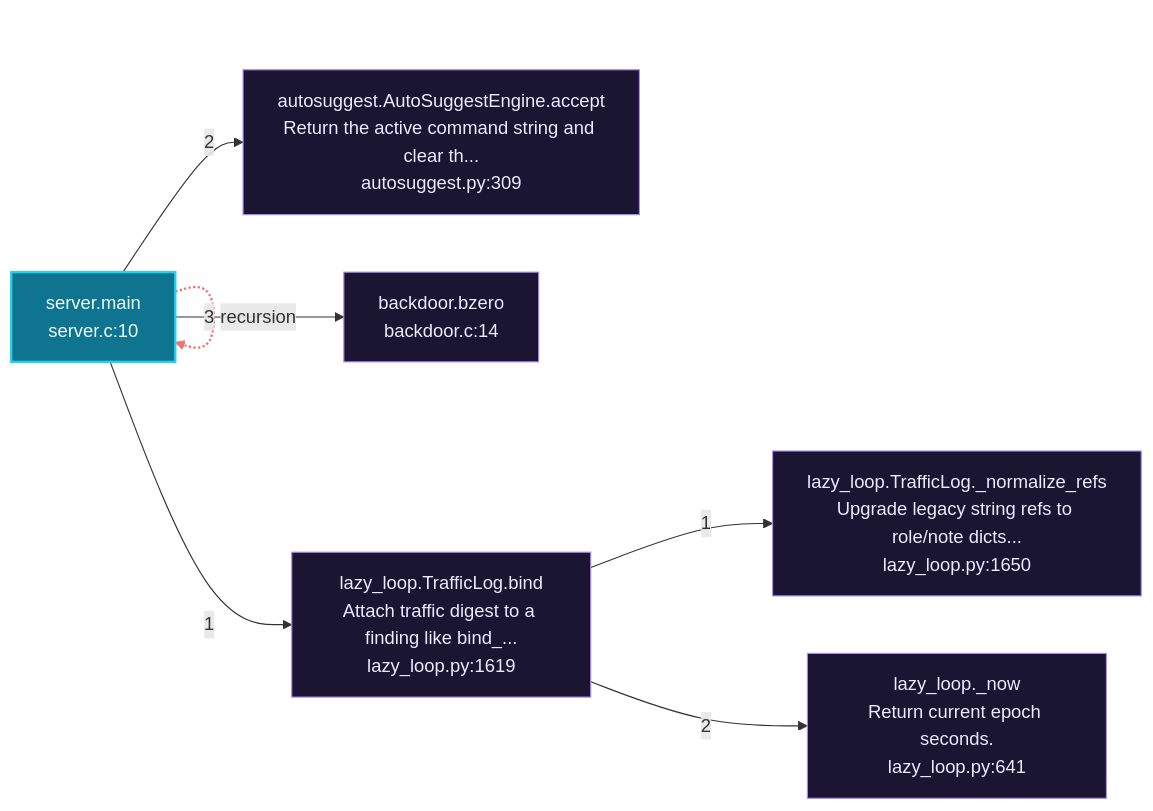
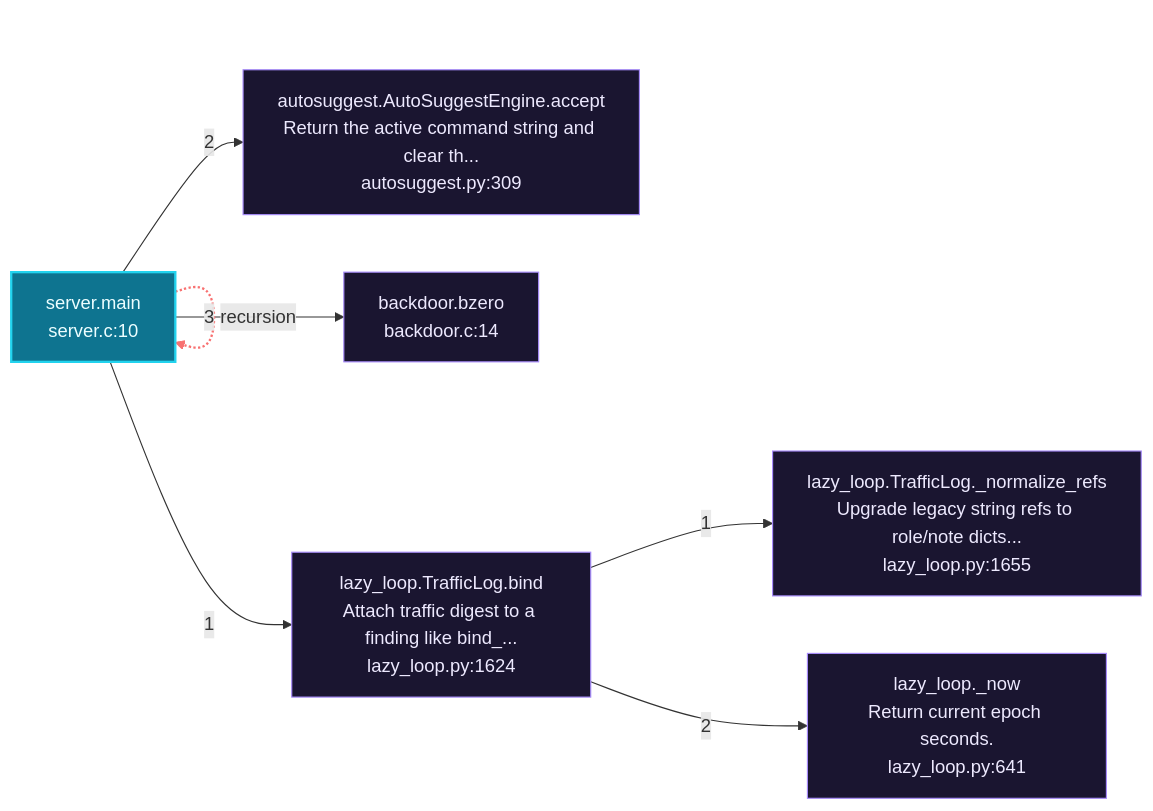
One commit to grisuno/LazyOwn changed the second of 6 diagrams in readmenator-apidocs/architecture.md. Above: the diagram before and after it, drawn with Mermaid. The commit also changed other lines of this file and 205 other files, not shown here.

````diff
--- a/readmenator-apidocs/architecture.md
+++ b/readmenator-apidocs/architecture.md
@@ -160,18 +158,18 @@
 ```mermaid
 flowchart LR
     classDef entry fill:#0e7490,stroke:#22d3ee,color:#ecfeff,stroke-width:2px;
     classDef external fill:#1a1530,stroke:#a78bfa,color:#ede9fe;
     n_modules_backdoor_server_c__main["server.main<br/>server.c:10"]:::entry
-    n_modules_lazy_loop_py__bind["lazy_loop.TrafficLog.bind<br/>Attach traffic digest to a finding like bind_...<br/>lazy_loop.py:1619"]:::external
-    n_modules_lazy_loop_py___normalize_refs["lazy_loop.TrafficLog._normalize_refs<br/>Upgrade legacy string refs to role/note dicts...<br/>lazy_loop.py:1650"]:::external
+    n_modules_lazy_loop_py__bind["lazy_loop.TrafficLog.bind<br/>Attach traffic digest to a finding like bind_...<br/>lazy_loop.py:1624"]:::external
+    n_modules_lazy_loop_py___normalize_refs["lazy_loop.TrafficLog._normalize_refs<br/>Upgrade legacy string refs to role/note dicts...<br/>lazy_loop.py:1655"]:::external
     n_modules_lazy_loop_py___now["lazy_loop._now<br/>Return current epoch seconds.<br/>lazy_loop.py:641"]:::external
     n_cli_autosuggest_py__accept["autosuggest.AutoSuggestEngine.accept<br/>Return the active command string and clear th...<br/>autosuggest.py:309"]:::external
     n_modules_backdoor_backdoor_c__bzero["backdoor.bzero<br/>backdoor.c:14"]:::external
     n_modules_backdoor_server_c__main -.->|"recursion"| n_modules_backdoor_server_c__main
     n_modules_backdoor_server_c__main -->|"1"| n_modules_lazy_loop_py__bind
     n_modules_lazy_loop_py__bind -->|"1"| n_modules_lazy_loop_py___normalize_refs
     n_modules_lazy_loop_py__bind -->|"2"| n_modules_lazy_loop_py___now
     n_modules_backdoor_server_c__main -->|"2"| n_cli_autosuggest_py__accept
     n_modules_backdoor_server_c__main -->|"3"| n_modules_backdoor_backdoor_c__bzero
     linkStyle 0 stroke:#f87171,stroke-width:2px;
 ```
````
